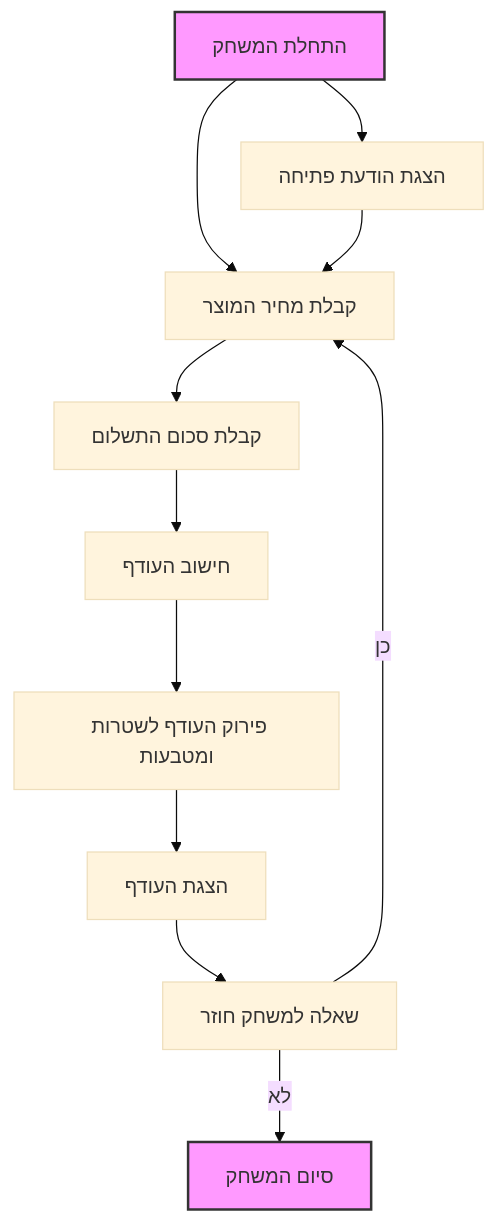
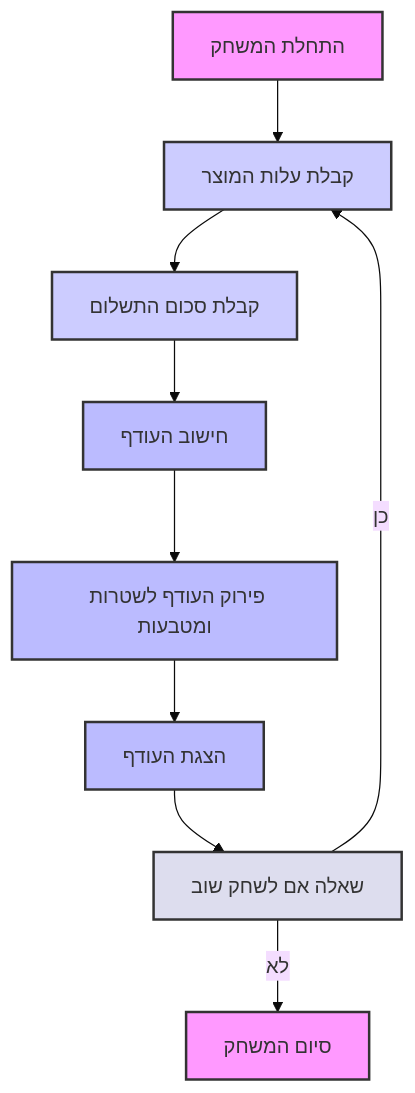
The diagram in docs/gemini/he/explainer/src/endpoints/ai_games/101_basic_computer_games/ru/rules/26_change.ru.md.md (hypo69/hypo), drawn with Mermaid (base theme) before and after one commit. The commit also changed other lines of this file and 885 other files, not shown here.

````diff
--- a/docs/gemini/he/explainer/src/endpoints/ai_games/101_basic_computer_games/ru/rules/26_change.ru.md.md
+++ b/docs/gemini/he/explainer/src/endpoints/ai_games/101_basic_computer_games/ru/rules/26_change.ru.md.md
@@ -50,17 +45,20 @@
 ```mermaid
 flowchart TD
-    Start[התחלת המשחק] --> InputProductCost[קבלת מחיר המוצר]
-    InputProductCost --> InputPaymentAmount[קבלת סכום התשלום]
-    InputPaymentAmount --> CalculateChange[חישוב העודף]
-    CalculateChange --> DecomposeChange[פירוק העודף לשטרות ומטבעות]
-    DecomposeChange --> DisplayChange[הצגת העודף]
-    DisplayChange --> PlayAgainQuestion[שאלה למשחק חוזר]
-    PlayAgainQuestion -- כן --> InputProductCost
-    PlayAgainQuestion -- לא --> End[סיום המשחק]
-    
-    Start --> OutputWelcomeMessage[הצגת הודעת פתיחה]
-    OutputWelcomeMessage --> InputProductCost
+    Start[התחלת המשחק] --> GetProductCost[קבלת עלות המוצר];
+    GetProductCost --> GetPaymentAmount[קבלת סכום התשלום];
+    GetPaymentAmount --> CalculateChange[חישוב העודף];
+    CalculateChange --> DecomposeChange[פירוק העודף לשטרות ומטבעות];
+    DecomposeChange --> DisplayChange[הצגת העודף];
+    DisplayChange --> PlayAgain[שאלה אם לשחק שוב];
+    PlayAgain -- כן --> GetProductCost;
+    PlayAgain -- לא --> End[סיום המשחק];
 
     style Start fill:#f9f,stroke:#333,stroke-width:2px
+    style GetProductCost fill:#ccf,stroke:#333,stroke-width:2px
+    style GetPaymentAmount fill:#ccf,stroke:#333,stroke-width:2px
+    style CalculateChange fill:#bbf,stroke:#333,stroke-width:2px
+    style DecomposeChange fill:#bbf,stroke:#333,stroke-width:2px
+    style DisplayChange fill:#bbf,stroke:#333,stroke-width:2px
+    style PlayAgain fill:#dde,stroke:#333,stroke-width:2px
     style End fill:#f9f,stroke:#333,stroke-width:2px
 ```
````
